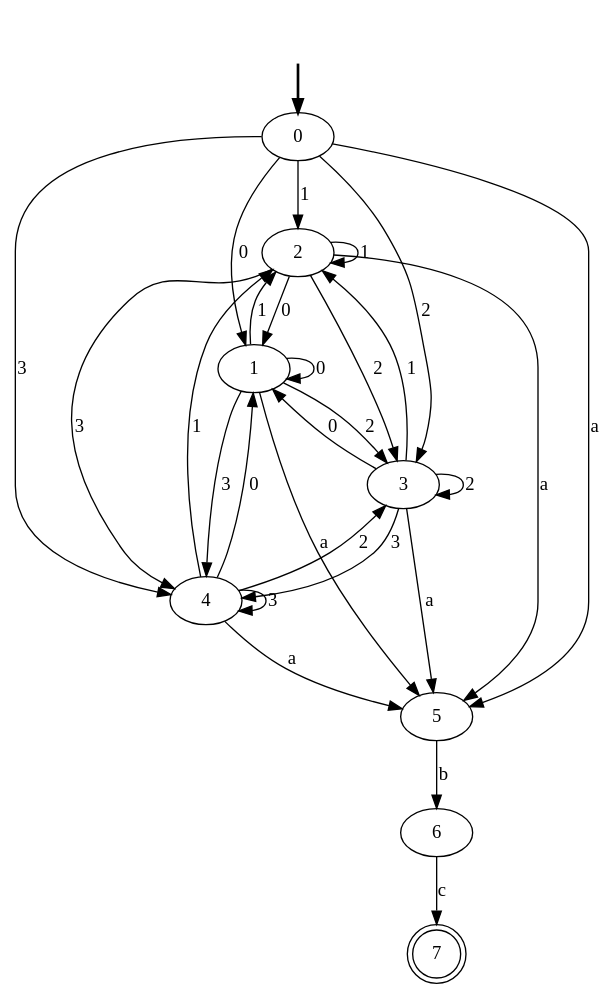
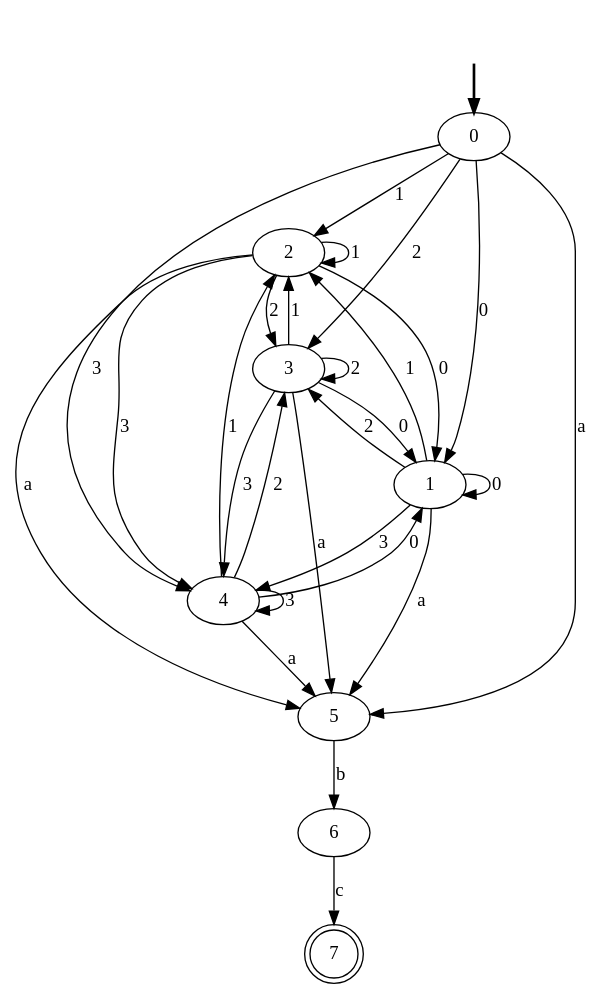
The diagram in Tarea 1/graphic_DFA.dot (maupeon/Compiladores), drawn with Graphviz before and after one commit. The commit also changed other lines of this file and 8 other files, not shown here.

```diff
--- a/Tarea 1/graphic_DFA.dot
+++ b/Tarea 1/graphic_DFA.dot
@@ -1,39 +1,39 @@
 digraph {
 	fake [style=invisible]
-	6
 	2
-	5
-	7 [shape=doublecircle]
-	1
-	4
 	3
 	0 [root=true]
+	7 [shape=doublecircle]
+	6
+	5
+	4
+	1
 	fake -> 0 [style=bold]
 	0 -> 1 [label=0]
 	0 -> 2 [label=1]
 	0 -> 3 [label=2]
 	0 -> 4 [label=3]
 	0 -> 5 [label=a]
 	1 -> 1 [label=0]
 	1 -> 2 [label=1]
 	1 -> 3 [label=2]
 	1 -> 4 [label=3]
 	1 -> 5 [label=a]
 	2 -> 1 [label=0]
 	2 -> 2 [label=1]
 	2 -> 3 [label=2]
 	2 -> 4 [label=3]
 	2 -> 5 [label=a]
 	3 -> 1 [label=0]
 	3 -> 2 [label=1]
 	3 -> 3 [label=2]
 	3 -> 4 [label=3]
 	3 -> 5 [label=a]
 	4 -> 1 [label=0]
 	4 -> 2 [label=1]
 	4 -> 3 [label=2]
 	4 -> 4 [label=3]
 	4 -> 5 [label=a]
 	5 -> 6 [label=b]
 	6 -> 7 [label=c]
 }
```
